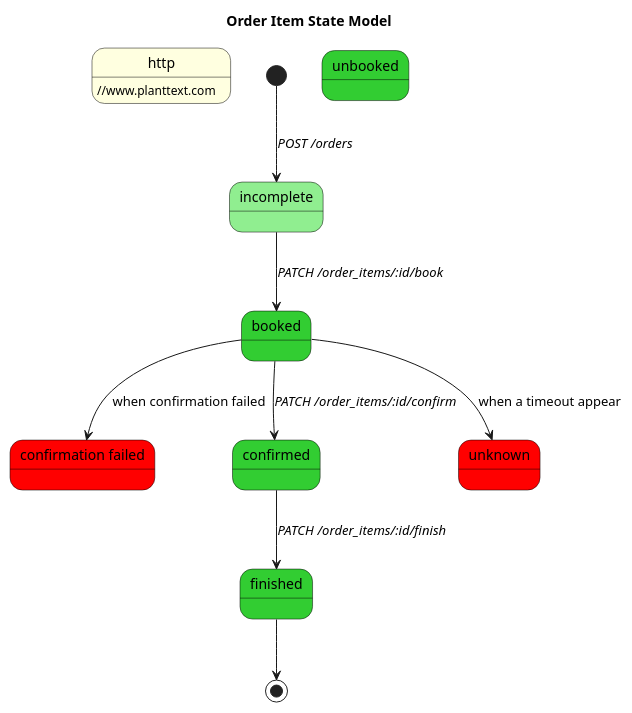
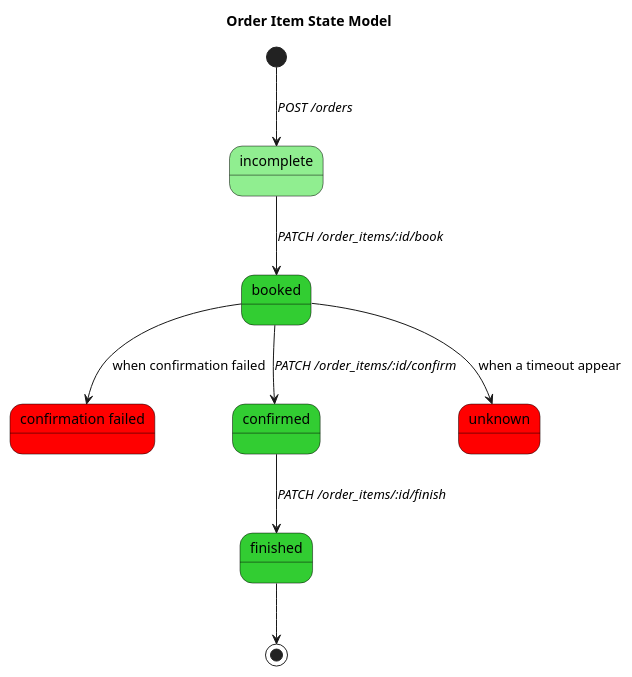
The diagram in plantUML/order_sate_diagram.puml (loco2/locohub-api-documentation), drawn with PlantUML before and after one commit.

Commit message:
remove unused states

```diff
--- a/plantUML/order_sate_diagram.puml
+++ b/plantUML/order_sate_diagram.puml
@@ -1,41 +1,40 @@
 @startuml
 
 ' in order to change this diagram, please got to 
-http://www.planttext.com
+' http://www.planttext.com
 ' http://plantuml.com/en/state-diagram
 	
 skinparam state {
   StartColor Black
   EndColor Black
   BackgroundColor LightYellow
   BackgroundColor<<OrderIncomplete>> LightGreen
   BackgroundColor<<OrderProcessing>> LimeGreen
   BackgroundColor<<OrderProcessed>> Green
   BackgroundColor<<OrderErrored>> Red
   BorderColor Black
 }
 
 title Order Item State Model
 state "incomplete" as Incomplete <<OrderIncomplete>>
 state "booked" as Booked <<OrderProcessing>>	
-state "unbooked" as Unbooked <<OrderProcessing>>
 state "confirmation failed" as ConfirmationFailed <<OrderErrored>>
 state "confirmed" as Confirmed <<OrderProcessing>>
 state "finished" as Finished <<OrderProcessing>>
 state "unknown" as Unknown <<OrderErrored>>
 
 ' nominal case
 [*] -down-> Incomplete : //POST /orders//
 Incomplete -down-> Booked : //PATCH /order_items/:id/book//
 Booked -down-> Confirmed : //PATCH /order_items/:id/confirm//
 Confirmed -down-> Finished : //PATCH /order_items/:id/finish//
 Finished -down-> [*]
 
 
 ' non nominal case
 Booked --> ConfirmationFailed : when confirmation failed
 Booked --> Unknown : when a timeout appear
 
 ' notes
 
 @enduml
```
